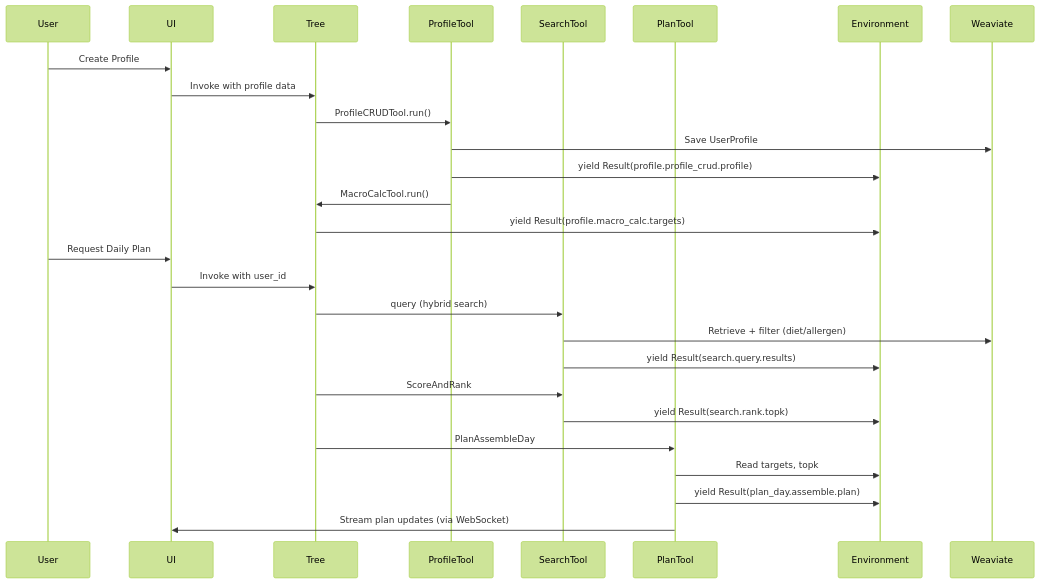
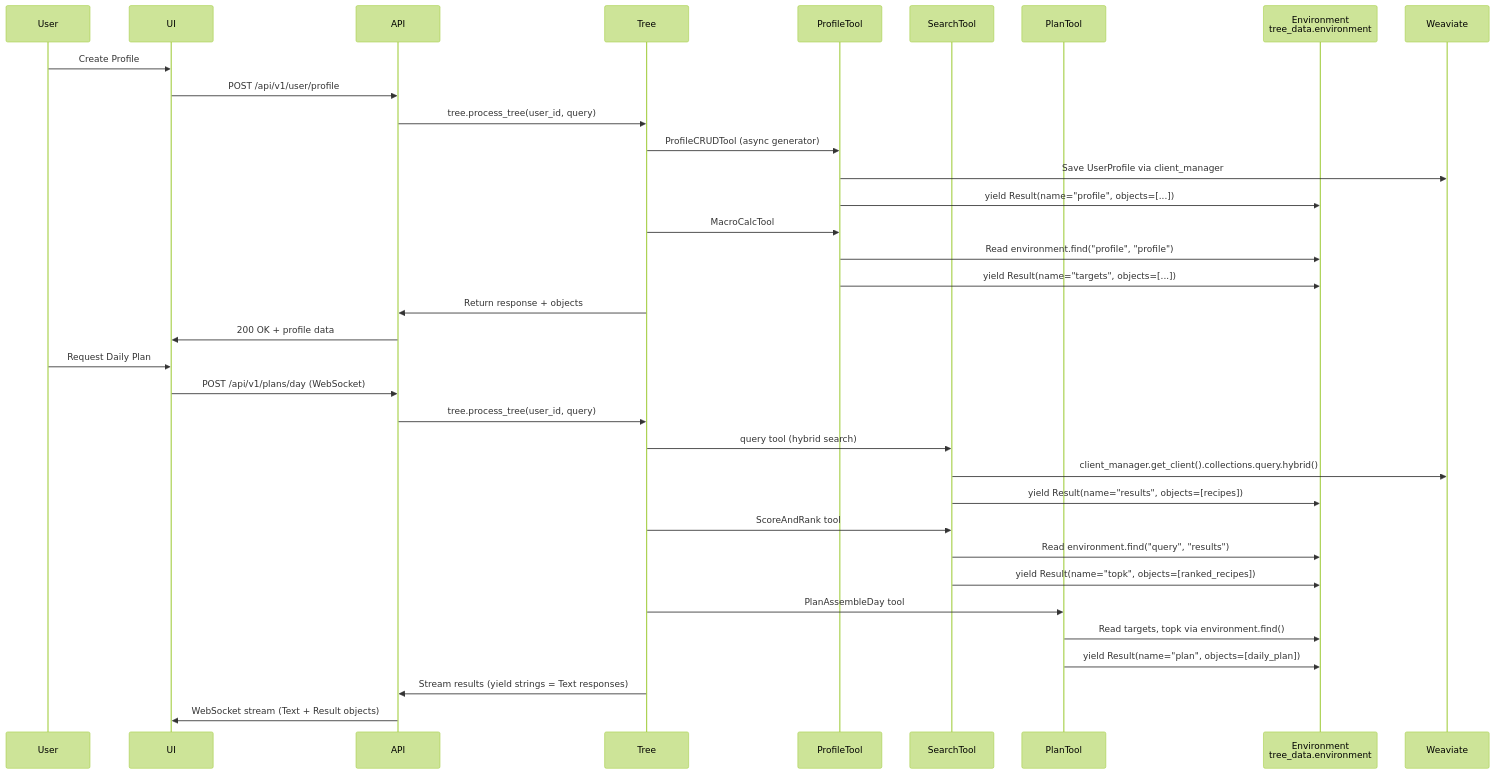
Before and after one commit to NCHzzz/MealAgent_Project: the third of 4 diagrams in docs/ai/design/feature-meal-planning-agent.md, drawn with Mermaid (forest theme). The commit also changed other lines of this file and 4 other files, not shown here.

````diff
--- a/docs/ai/design/feature-meal-planning-agent.md
+++ b/docs/ai/design/feature-meal-planning-agent.md
@@ -275,31 +342,39 @@
 ```mermaid
 sequenceDiagram
     participant User
     participant UI
+    participant API
     participant Tree
     participant ProfileTool
     participant SearchTool
     participant PlanTool
-    participant Env as Environment
+    participant Env as Environment<br/>tree_data.environment
     participant Weaviate
 
     User->>UI: Create Profile
-    UI->>Tree: Invoke with profile data
-    Tree->>ProfileTool: ProfileCRUDTool.run()
-    ProfileTool->>Weaviate: Save UserProfile
-    ProfileTool->>Env: yield Result(profile.profile_crud.profile)
-    ProfileTool->>Tree: MacroCalcTool.run()
-    Tree->>Env: yield Result(profile.macro_calc.targets)
+    UI->>API: POST /api/v1/user/profile
+    API->>Tree: tree.process_tree(user_id, query)
+    Tree->>ProfileTool: ProfileCRUDTool (async generator)
+    ProfileTool->>Weaviate: Save UserProfile via client_manager
+    ProfileTool->>Env: yield Result(name="profile", objects=[...])
+    Tree->>ProfileTool: MacroCalcTool
+    ProfileTool->>Env: Read environment.find("profile", "profile")
+    ProfileTool->>Env: yield Result(name="targets", objects=[...])
+    Tree->>API: Return response + objects
+    API->>UI: 200 OK + profile data
     
     User->>UI: Request Daily Plan
-    UI->>Tree: Invoke with user_id
-    Tree->>SearchTool: query (hybrid search)
-    SearchTool->>Weaviate: Retrieve + filter (diet/allergen)
-    SearchTool->>Env: yield Result(search.query.results)
-    Tree->>SearchTool: ScoreAndRank
-    SearchTool->>Env: yield Result(search.rank.topk)
-    Tree->>PlanTool: PlanAssembleDay
-    PlanTool->>Env: Read targets, topk
-    PlanTool->>Env: yield Result(plan_day.assemble.plan)
-    PlanTool->>UI: Stream plan updates (via WebSocket)
+    UI->>API: POST /api/v1/plans/day (WebSocket)
+    API->>Tree: tree.process_tree(user_id, query)
+    Tree->>SearchTool: query tool (hybrid search)
+    SearchTool->>Weaviate: client_manager.get_client().collections.query.hybrid()
+    SearchTool->>Env: yield Result(name="results", objects=[recipes])
+    Tree->>SearchTool: ScoreAndRank tool
+    SearchTool->>Env: Read environment.find("query", "results")
+    SearchTool->>Env: yield Result(name="topk", objects=[ranked_recipes])
+    Tree->>PlanTool: PlanAssembleDay tool
+    PlanTool->>Env: Read targets, topk via environment.find()
+    PlanTool->>Env: yield Result(name="plan", objects=[daily_plan])
+    Tree->>API: Stream results (yield strings = Text responses)
+    API->>UI: WebSocket stream (Text + Result objects)
 ```
````
